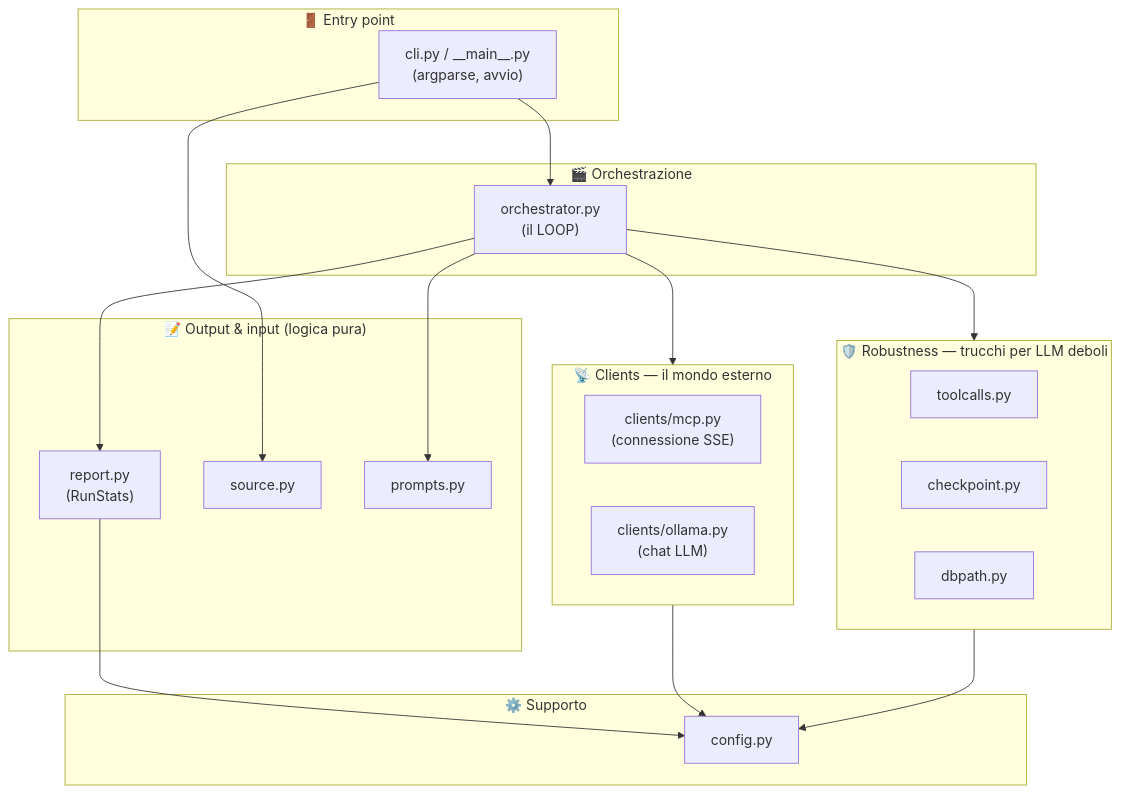
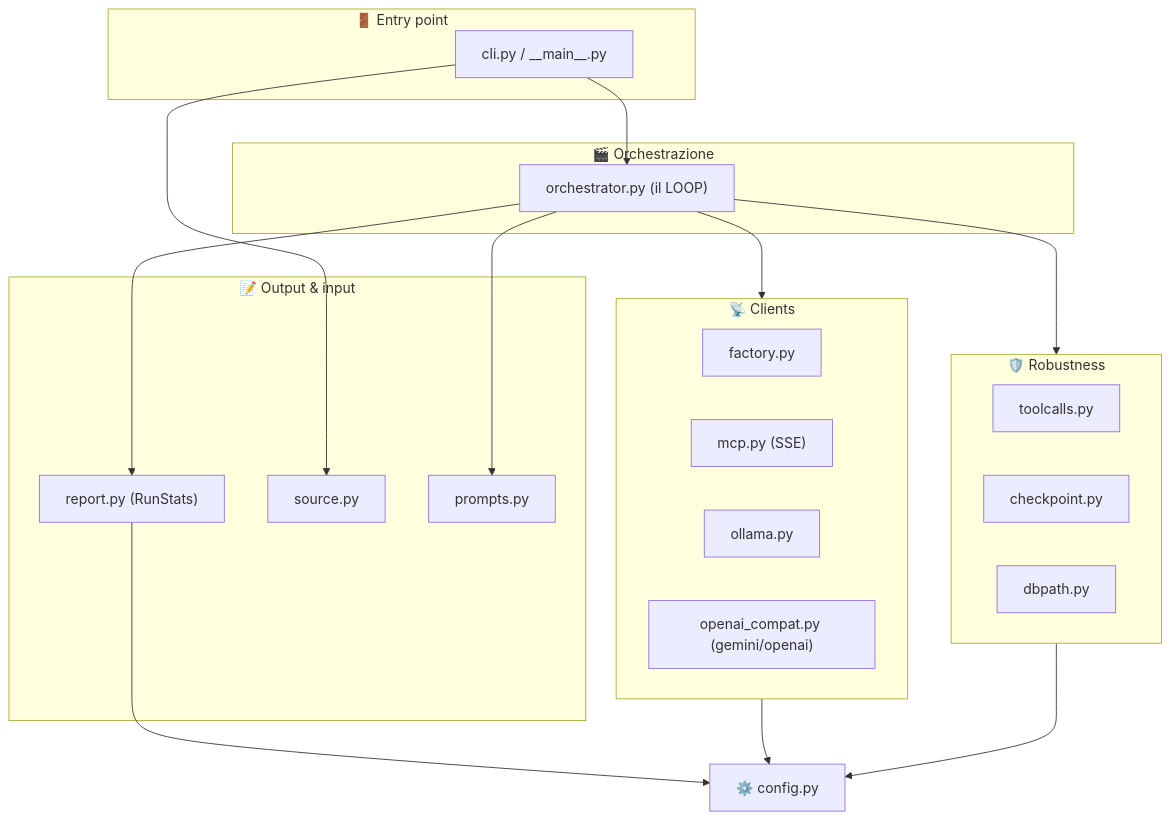
One commit to iris-cmd22/Sibyl changed the sixth of 15 diagrams in documentazione/agent.md. Above: the diagram before and after it, drawn with Mermaid. The commit also changed other lines of this file and 3 other files, not shown here.

````diff
--- a/documentazione/agent.md
+++ b/documentazione/agent.md
@@ -164,36 +195,35 @@
 ```mermaid
 flowchart TB
     subgraph entry["🚪 Entry point"]
-        CLI["cli.py / __main__.py<br/>(argparse, avvio)"]
+        CLI["cli.py / __main__.py"]
     end
     subgraph orch["🎬 Orchestrazione"]
-        ORCH["orchestrator.py<br/>(il LOOP)"]
+        ORCH["orchestrator.py (il LOOP)"]
     end
-    subgraph clients["📡 Clients — il mondo esterno"]
-        MCPC["clients/mcp.py<br/>(connessione SSE)"]
-        OLLC["clients/ollama.py<br/>(chat LLM)"]
+    subgraph clients["📡 Clients"]
+        FAC["factory.py"]
+        MCPC["mcp.py (SSE)"]
+        OLLC["ollama.py"]
+        OAIC["openai_compat.py (gemini/openai)"]
     end
-    subgraph rob["🛡️ Robustness — trucchi per LLM deboli"]
+    subgraph rob["🛡️ Robustness"]
         TC["toolcalls.py"]
         CK["checkpoint.py"]
         DB["dbpath.py"]
     end
-    subgraph out["📝 Output & input (logica pura)"]
-        REP["report.py<br/>(RunStats)"]
+    subgraph out["📝 Output & input"]
+        REP["report.py (RunStats)"]
         SRC["source.py"]
         PR["prompts.py"]
     end
-    subgraph supp["⚙️ Supporto"]
-        CFG["config.py"]
-    end
+    CFG["⚙️ config.py"]
 
-    CLI --> ORCH
-    CLI --> SRC
-    ORCH --> clients
+    CLI --> ORCH --> clients
     ORCH --> rob
     ORCH --> REP
     ORCH --> PR
+    CLI --> SRC
     clients --> CFG
     rob --> CFG
     REP --> CFG
 ```
````
